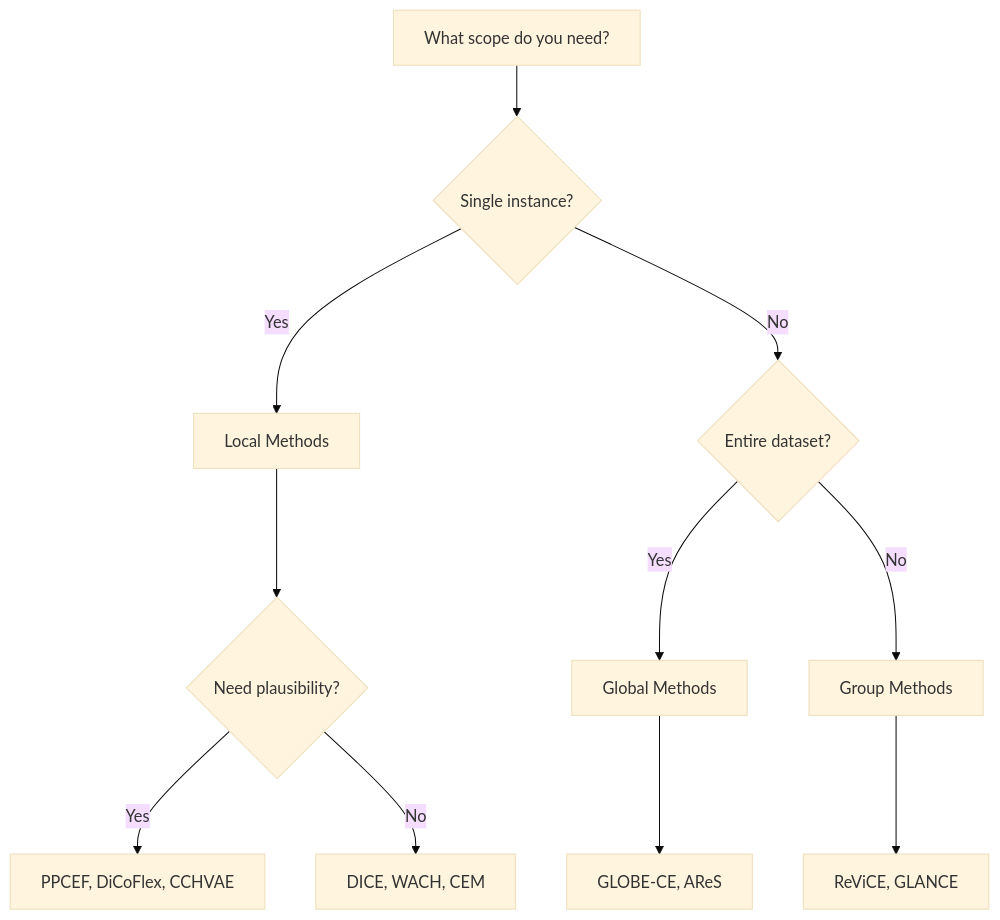
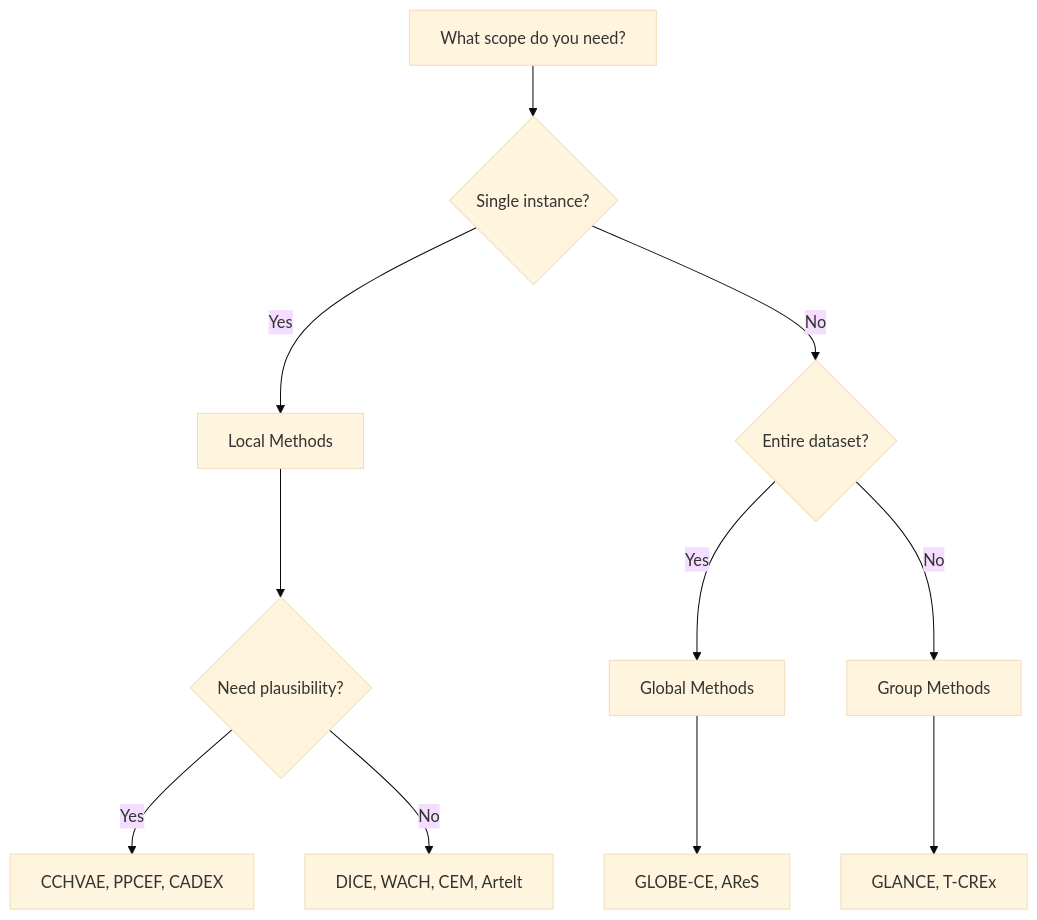
One commit to ofurman/counterfactuals changed the diagram in docs/methods/index.md. Above: the diagram before and after it, drawn with Mermaid (base theme). The commit also changed other lines of this file and 657 other files, not shown here.

````diff
--- a/docs/methods/index.md
+++ b/docs/methods/index.md
@@ -42,15 +46,15 @@
 ```mermaid
 flowchart TD
     A[What scope do you need?] --> B{Single instance?}
     B -->|Yes| C[Local Methods]
     B -->|No| D{Entire dataset?}
     D -->|Yes| E[Global Methods]
     D -->|No| F[Group Methods]
 
     C --> G{Need plausibility?}
-    G -->|Yes| H[PPCEF, DiCoFlex, CCHVAE]
-    G -->|No| I[DICE, WACH, CEM]
+    G -->|Yes| H[CCHVAE, PPCEF, CADEX]
+    G -->|No| I[DICE, WACH, CEM, Artelt]
 
     E --> J[GLOBE-CE, AReS]
-    F --> K[ReViCE, GLANCE]
+    F --> K[GLANCE, T-CREx]
 ```
````
